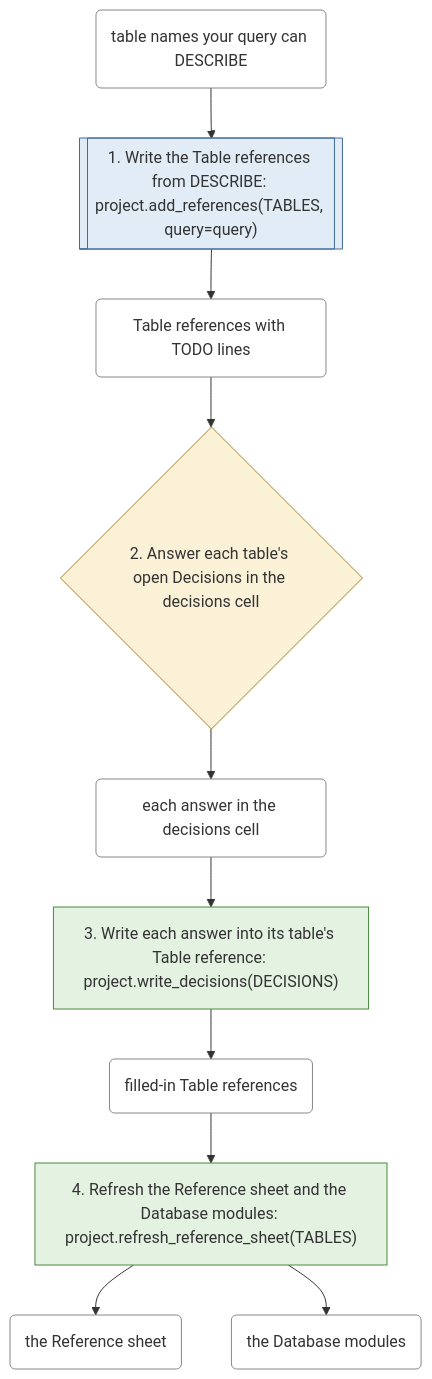
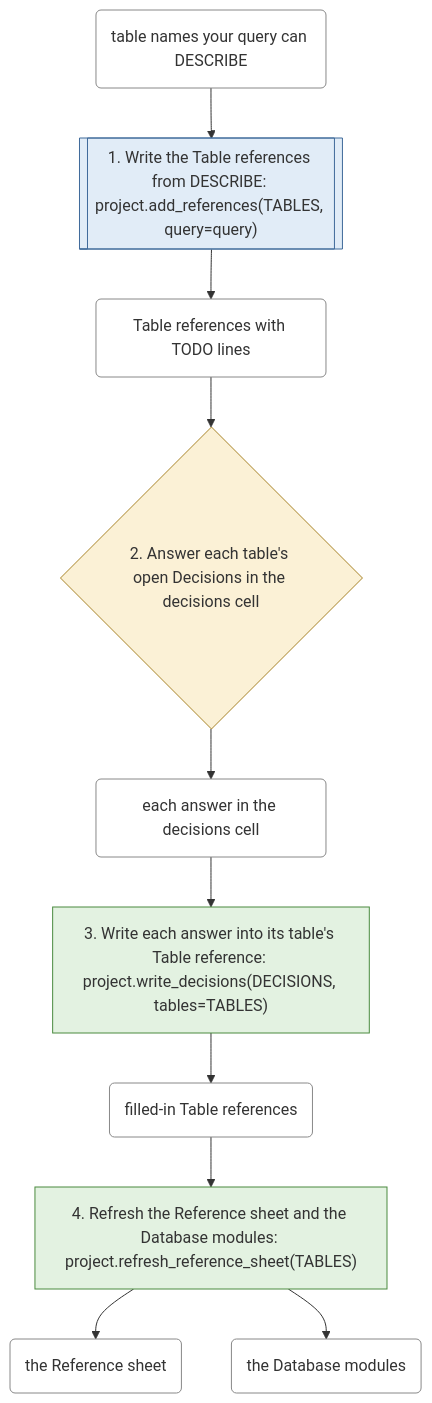
One commit to EdgyPage/SQL-Composer changed the fourth of 6 diagrams in docs/workflows.md. Above: the diagram before and after it, drawn with Mermaid. The commit also changed other lines of this file and 28 other files, not shown here.

First line of the commit message:
feat(8.4): ticket 08, Decisions for every table

````diff
--- a/docs/workflows.md
+++ b/docs/workflows.md
@@ -203,26 +203,26 @@
 ```mermaid
 flowchart TD
     s0[["1. Write the Table references from DESCRIBE: project.add_references(TABLES, query=query)"]]:::warehouse_call
     s1{"2. Answer each table's open Decisions in the decisions cell"}:::your_decision
-    s2["3. Write each answer into its table's Table reference: project.write_decisions(DECISIONS)"]:::files_only
+    s2["3. Write each answer into its table's Table reference: project.write_decisions(DECISIONS, tables=TABLES)"]:::files_only
     s3["4. Refresh the Reference sheet and the Database modules: project.refresh_reference_sheet(TABLES)"]:::files_only
     t0("table names your query can DESCRIBE"):::thing
     t1("Table references with TODO lines"):::thing
     t2("each answer in the decisions cell"):::thing
     t3("filled-in Table references"):::thing
     t4("the Reference sheet"):::thing
     t5("the Database modules"):::thing
     t0 --> s0
     s0 --> t1
     t1 --> s1
     s1 --> t2
     t2 --> s2
     s2 --> t3
     t3 --> s3
     s3 --> t4
     s3 --> t5
     classDef files_only fill:#e3f2e1,stroke:#4a8a3f
     classDef warehouse_call fill:#e1ecf7,stroke:#3f6a9a
     classDef your_decision fill:#fbf1d6,stroke:#a8842a
     classDef thing fill:#ffffff,stroke:#888888
 ```
````
